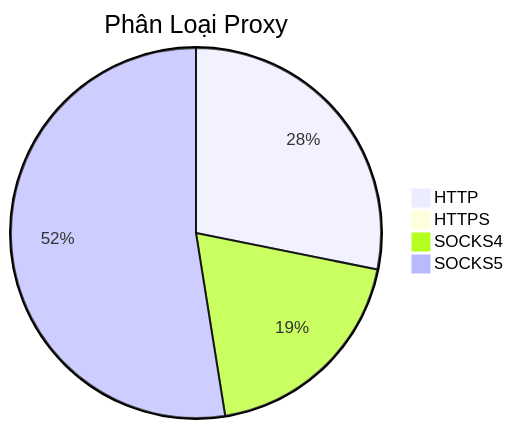
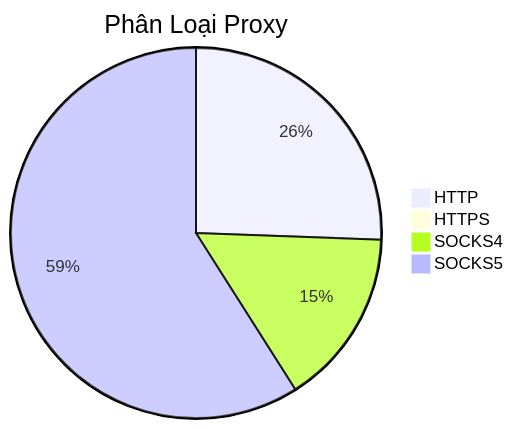
Before and after one commit to Ciara-12/PROXY-free: the diagram in README.md, drawn with Mermaid. The commit also changed other lines of this file and 4 other files, not shown here.

````diff
--- a/README.md
+++ b/README.md
@@ -26,7 +26,7 @@
 ```mermaid
 pie title Phân Loại Proxy
-    "HTTP" : 525
-    "HTTPS" : 4
-    "SOCKS4" : 360
-    "SOCKS5" : 979
+    "HTTP" : 503
+    "HTTPS" : 2
+    "SOCKS4" : 303
+    "SOCKS5" : 1160
 ```
````
